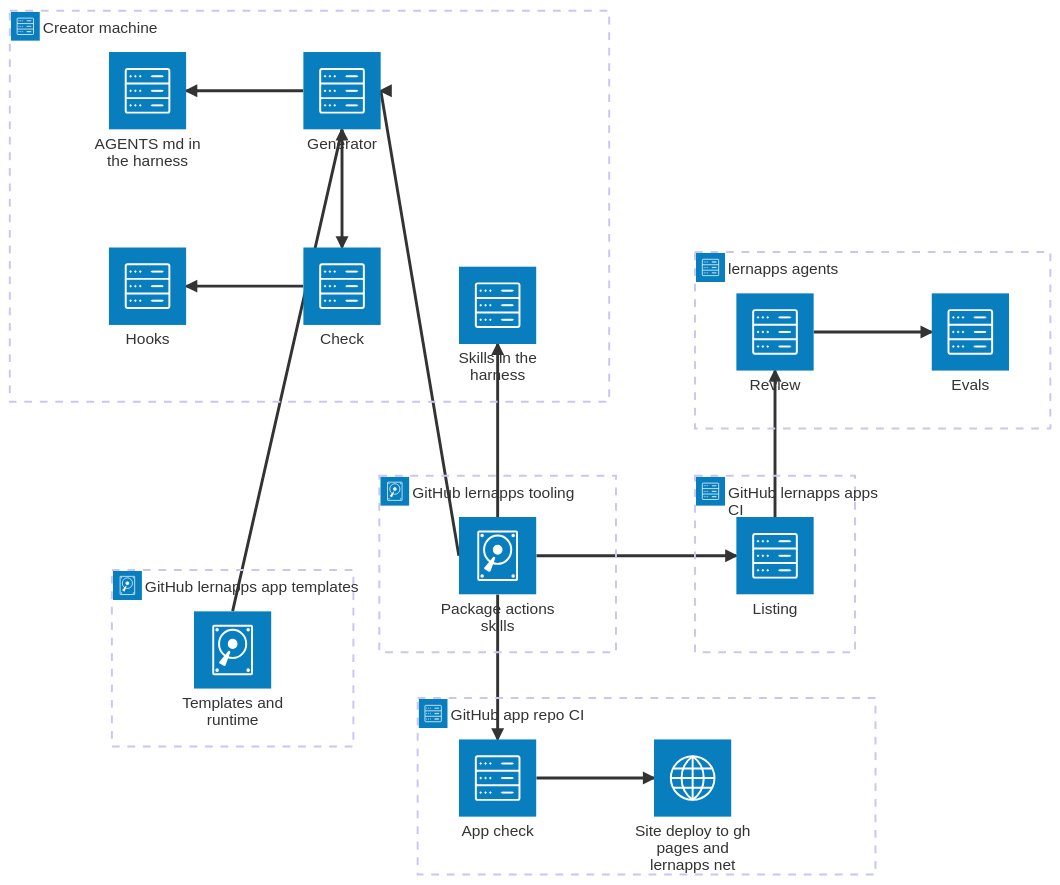
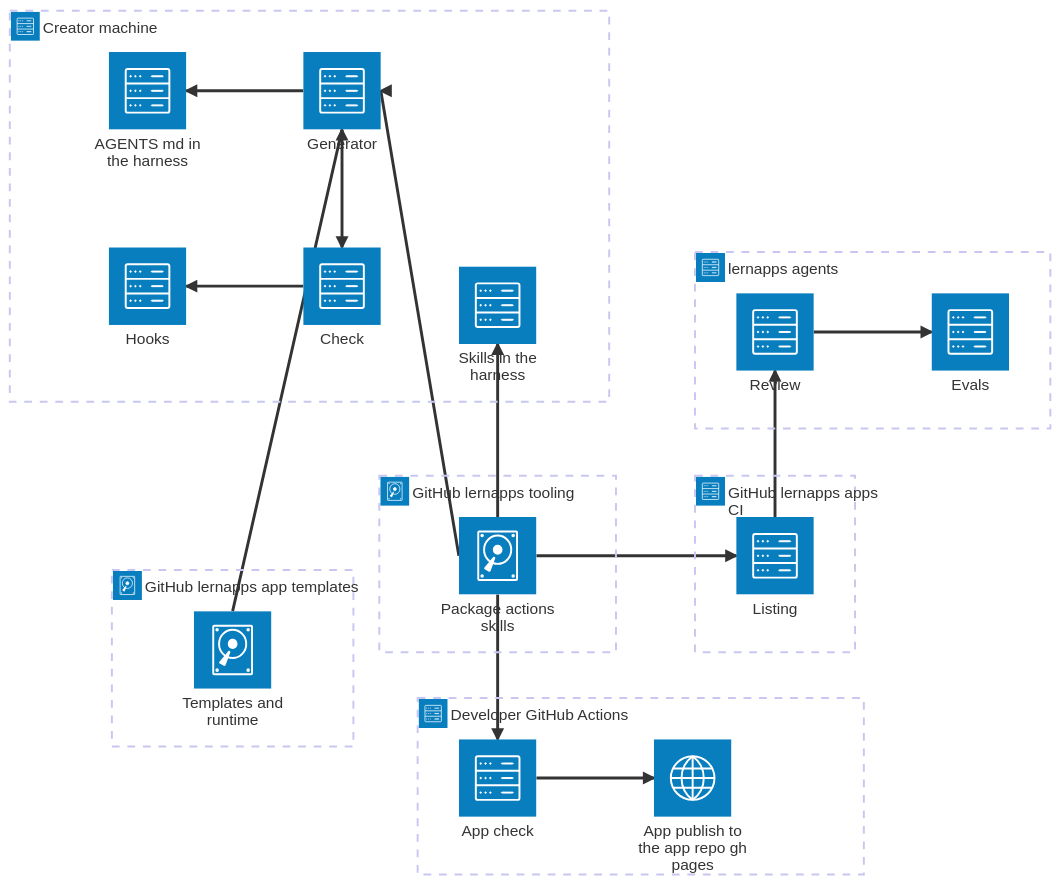
Before and after one commit to lernapps/tooling: the diagram in docs/arc42/07-deployment-view.arc42.md, drawn with Mermaid. The commit also changed other lines of this file and 19 other files, not shown here.

First line of the commit message:
feat(app-publish): publish an app to its repo's GitHub Pages, checking the setup

````diff
--- a/docs/arc42/07-deployment-view.arc42.md
+++ b/docs/arc42/07-deployment-view.arc42.md
@@ -23,32 +26,32 @@
 ```mermaid
 architecture-beta
     group creator(server)[Creator machine]
     group toolingrepo(disk)[GitHub lernapps tooling]
     group templaterepo(disk)[GitHub lernapps app templates]
-    group appci(server)[GitHub app repo CI]
+    group appci(server)[Developer GitHub Actions]
     group appsci(server)[GitHub lernapps apps CI]
     group agents(server)[lernapps agents]
     service guidance(server)[AGENTS md in the harness] in creator
     service skills(server)[Skills in the harness] in creator
     service generator(server)[Generator] in creator
     service checklocal(server)[Check] in creator
     service hooks(server)[Hooks] in creator
     service package(disk)[Package actions skills] in toolingrepo
     service templates(disk)[Templates and runtime] in templaterepo
     service appcheck(server)[App check] in appci
-    service publish(internet)[Site deploy to gh pages and lernapps net] in appci
+    service publish(internet)[App publish to the app repo gh pages] in appci
     service listing(server)[Listing] in appsci
     service review(server)[Review] in agents
     service evals(server)[Evals] in agents
     package:L --> R:generator
     templates:T --> B:generator
     generator:L --> R:guidance
     generator:B --> T:checklocal
     checklocal:L --> R:hooks
     package:T --> B:skills
     package:B --> T:appcheck
     appcheck:R --> L:publish
     package:R --> L:listing
     listing:T --> B:review
     review:R --> L:evals
 ```
````
